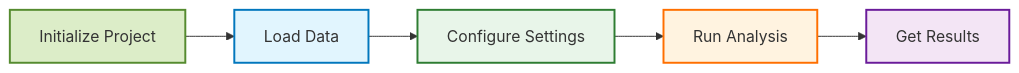
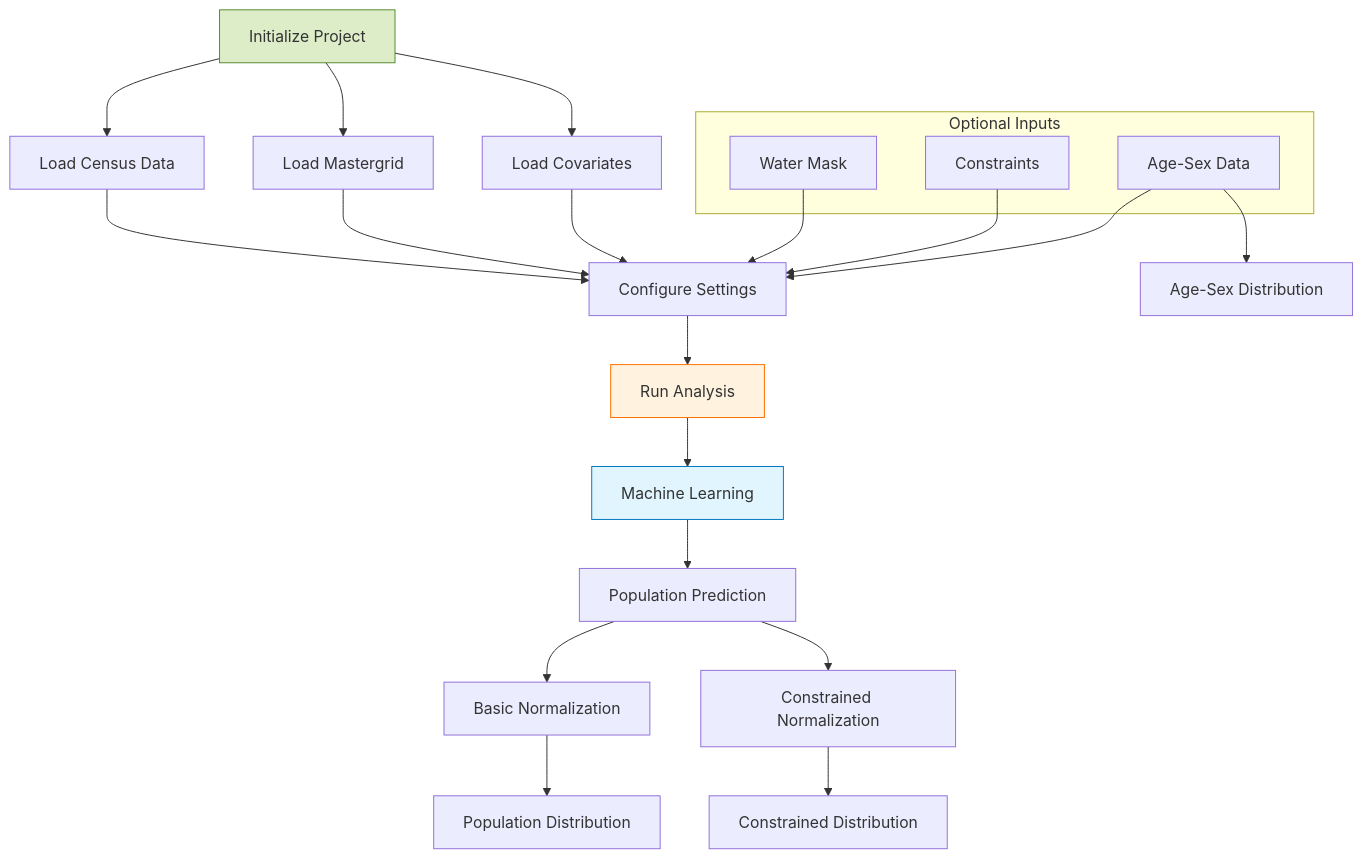
The diagram in docs/index.md (wpgp/QGIS-pypopRF), drawn with Mermaid before and after one commit. The commit also changed other lines of this file and 17 other files, not shown here.

````diff
--- a/docs/index.md
+++ b/docs/index.md
@@ -27,13 +41,30 @@
 ```mermaid
-graph LR
-    Init[Initialize Project] --> A[Load Data]
-    A --> B[Configure Settings]
-    B --> C[Run Analysis]
-    C --> D[Get Results]
-
-    style Init fill:#dcedc8,stroke:#558b2f,stroke-width:2px
-    style A fill:#e1f5fe,stroke:#0277bd,stroke-width:2px
-    style B fill:#e8f5e9,stroke:#2e7d32,stroke-width:2px
-    style C fill:#fff3e0,stroke:#ff6f00,stroke-width:2px
-    style D fill:#f3e5f5,stroke:#6a1b9a,stroke-width:2px
+graph TD
+    Init[Initialize Project] --> InputA[Load Census Data]
+    Init --> InputB[Load Mastergrid]
+    Init --> InputC[Load Covariates]
+    
+    subgraph "Optional Inputs"
+        InputD[Water Mask]
+        InputE[Constraints]
+        InputF[Age-Sex Data]
+    end
+    
+    InputA & InputB & InputC & InputD & InputE & InputF --> Config[Configure Settings]
+    Config --> Process[Run Analysis]
+    
+    Process --> ML[Machine Learning]
+    ML --> Pred[Population Prediction]
+    
+    Pred --> NormA[Basic Normalization]
+    Pred --> NormB[Constrained Normalization]
+    
+    NormA --> PopA[Population Distribution]
+    NormB --> PopB[Constrained Distribution]
+    
+    InputF --> AgeMap[Age-Sex Distribution]
+    
+    style Init fill:#dcedc8,stroke:#558b2f
+    style Process fill:#fff3e0,stroke:#ff6f00
+    style ML fill:#e1f5fe,stroke:#0277bd
 ```
````
